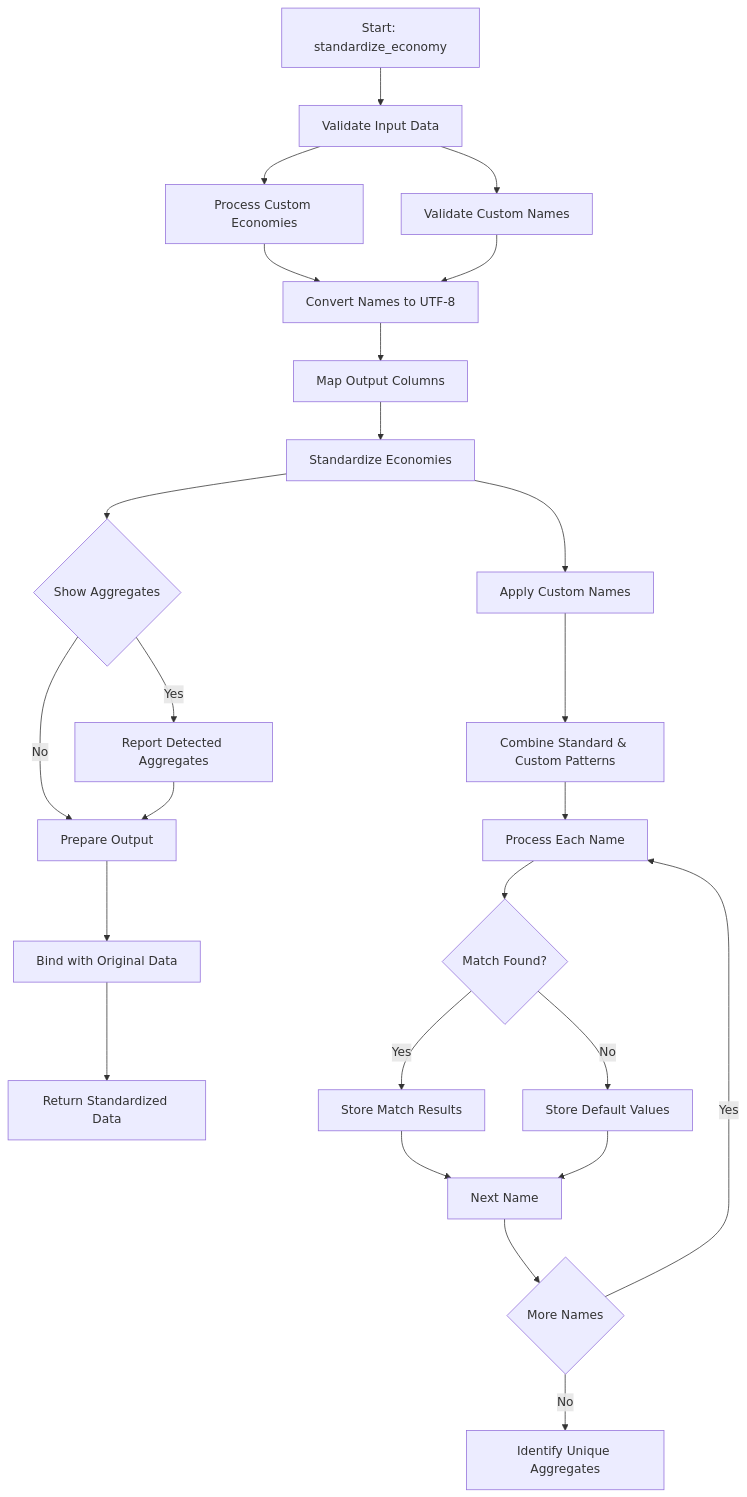
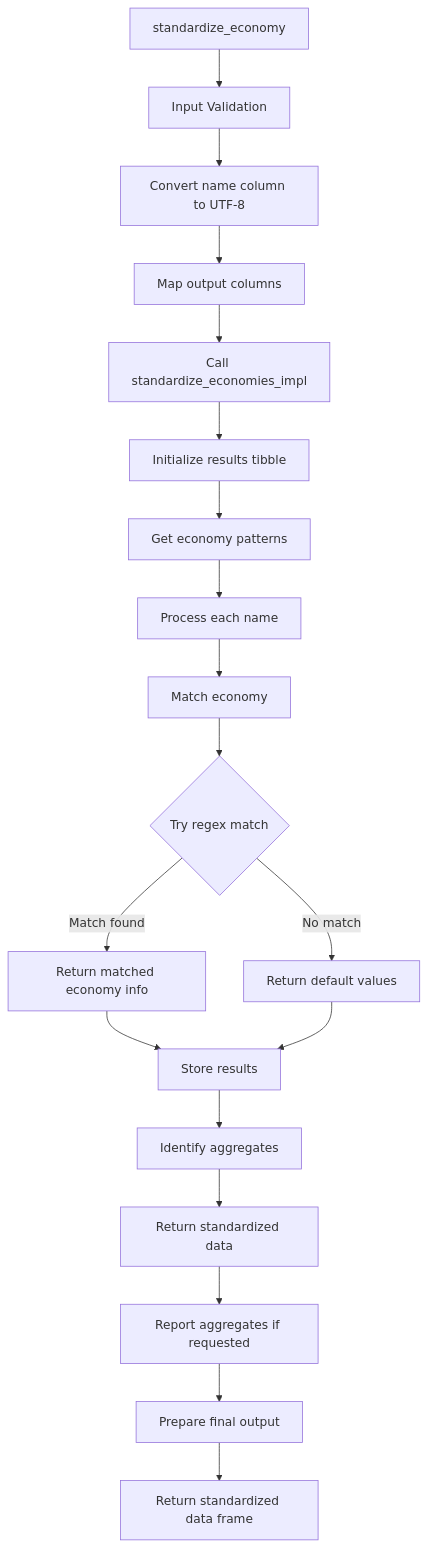
Before and after one commit to Teal-Insights/r-econid: the diagram in README.qmd, drawn with Mermaid. The commit also changed 21 other files, not shown here.

````diff
--- a/README.qmd
+++ b/README.qmd
@@ -77,29 +77,21 @@
 ```{mermaid}
 flowchart TD
-    A[Start: standardize_economy] --> B[Validate Input Data]
-    B --> C[Process Custom Economies]
-    B --> D[Validate Custom Names]
-    C --> E[Convert Names to UTF-8]
-    D --> E
-    E --> F[Map Output Columns]
-    F --> G[Standardize Economies]
-    G --> H{Show Aggregates}
-    H -->|Yes| I[Report Detected Aggregates]
-    H -->|No| J[Prepare Output]
-    I --> J
-    J --> K[Bind with Original Data]
-    K --> L[Return Standardized Data]
-
-    %% Standardize Economies Process
-    G --> M[Apply Custom Names]
-    M --> N[Combine Standard & Custom Patterns]
-    N --> O[Process Each Name]
-    O --> P{Match Found?}
-    P -->|Yes| Q[Store Match Results]
-    P -->|No| R[Store Default Values]
-    Q --> S[Next Name]
-    R --> S
-    S --> T{More Names}
-    T -->|Yes| O
-    T -->|No| U[Identify Unique Aggregates]
+    A[standardize_economy] --> B[Input Validation]
+    B --> C[Convert name column to UTF-8]
+    C --> D[Map output columns]
+    D --> E[Call standardize_economies_impl]
+    E --> F[Initialize results tibble]
+    F --> G[Get economy patterns]
+    G --> H[Process each name]
+    H --> I[Match economy]
+    I --> J{Try regex match}
+    J -->|Match found| K[Return matched economy info]
+    J -->|No match| L[Return default values]
+    K --> M[Store results]
+    L --> M
+    M --> N[Identify aggregates]
+    N --> O[Return standardized data]
+    O --> P[Report aggregates if requested]
+    P --> Q[Prepare final output]
+    Q --> R[Return standardized data frame]
 ```
````
